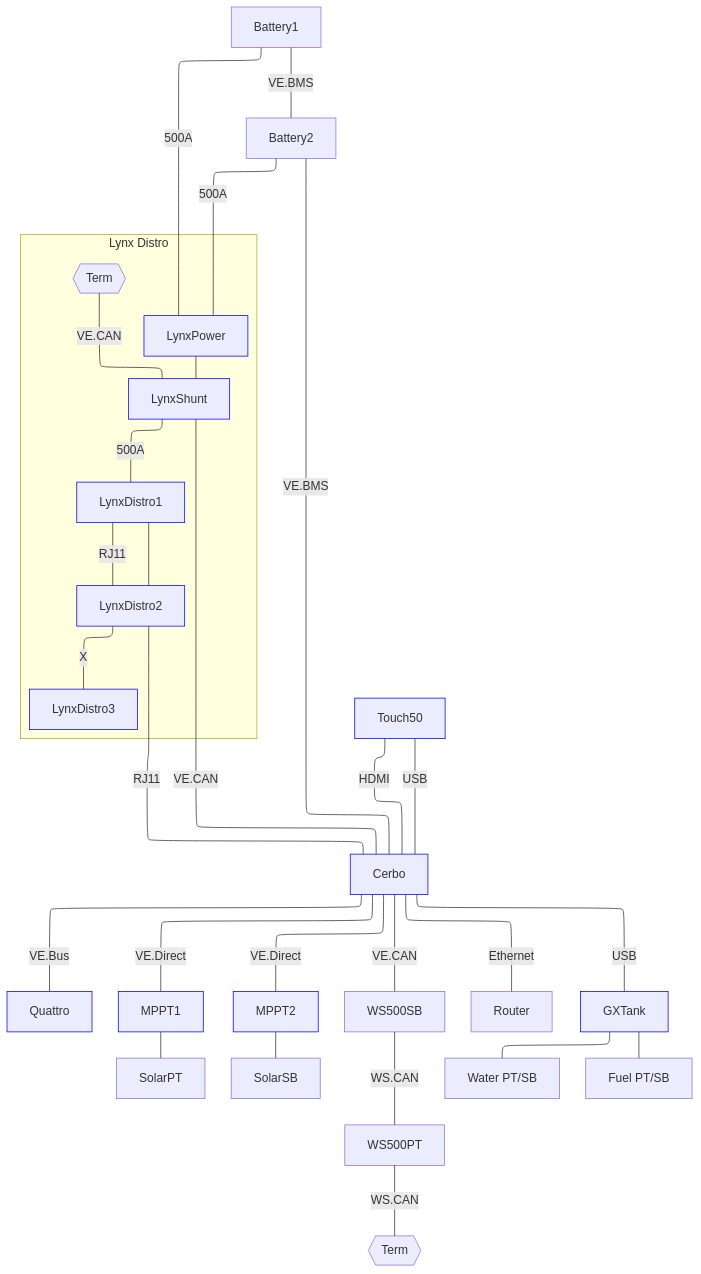
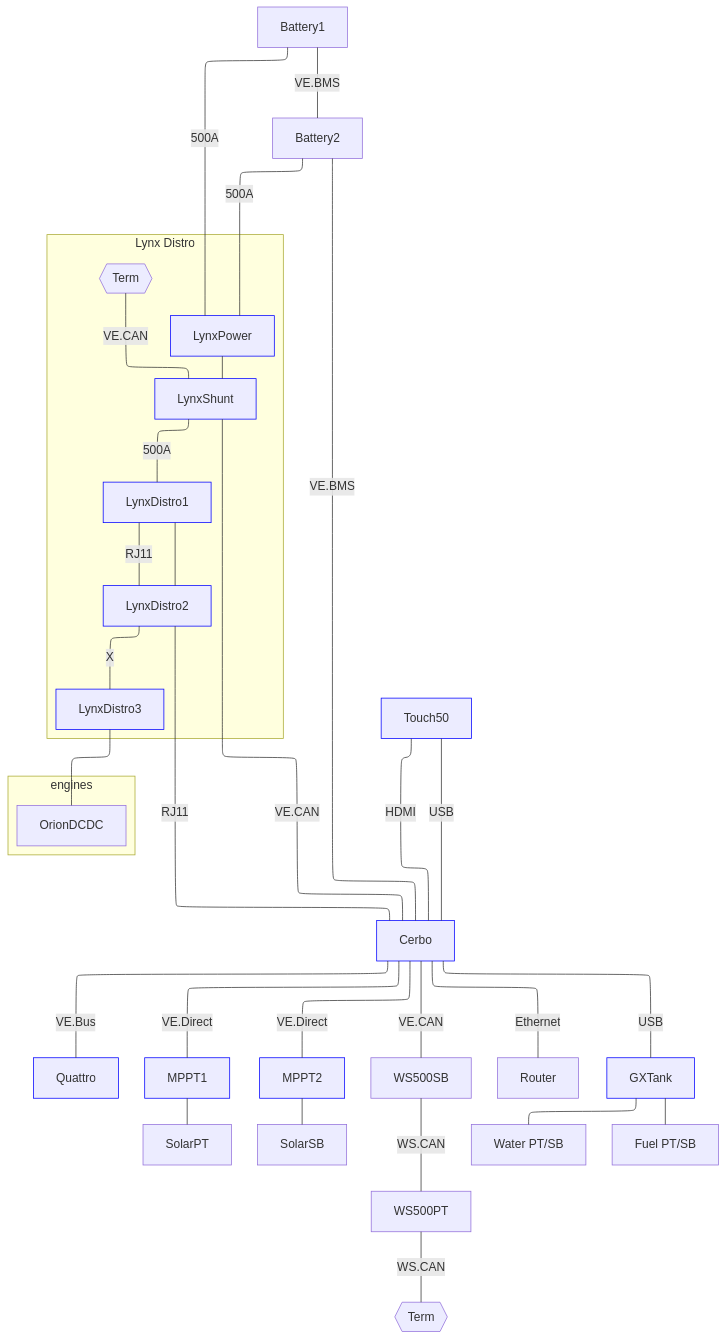
One commit to dcoon/svharmony changed the diagram in owners_manual/Victron.md. Above: the diagram before and after it, drawn with Mermaid.

Commit message:
Adjusting victron diagram

````diff
--- a/owners_manual/Victron.md
+++ b/owners_manual/Victron.md
@@ -2,27 +2,32 @@
 ```mermaid
 
 flowchart-elk TB
 
 classDef Victron stroke:blue
 
 subgraph Distro["Lynx Distro"]
 	LynxPower:::Victron --- LynxShunt:::Victron ---|500A| LynxDistro1:::Victron --- LynxDistro2:::Victron ---|X| LynxDistro3:::Victron
 	VECANT1{{"Term"}} ---|VE.CAN| LynxShunt
 end
 Battery1 ---|500A| LynxPower
 Battery2 ---|500A| LynxPower
 
 Battery1 ---|VE.BMS| Battery2 ---|VE.BMS| Cerbo:::Victron
 
 LynxDistro1 ---|RJ11| LynxDistro2 ---|RJ11| Cerbo
 Touch50:::Victron ---|HDMI| Cerbo
 Touch50:::Victron ---|USB| Cerbo
 Cerbo ---|VE.Bus| Quattro:::Victron
 Cerbo ---|VE.Direct| MPPT1:::Victron --- SolarPT
 Cerbo ---|VE.Direct| MPPT2:::Victron --- SolarSB
 LynxShunt ---|VE.CAN| Cerbo ---|VE.CAN| WS500SB ---|WS.CAN| WS500PT ---|WS.CAN| VECANT2{{"Term"}}
 Cerbo ---|Ethernet| Router
 Cerbo ---|USB| GXTank:::Victron
 GXTank --- Water["Water PT/SB"]
 GXTank --- Fuel["Fuel PT/SB"]
+
+subgraph engines
+    LynxDistro3 --- OrionDCDC
+end
+
 ```
````
